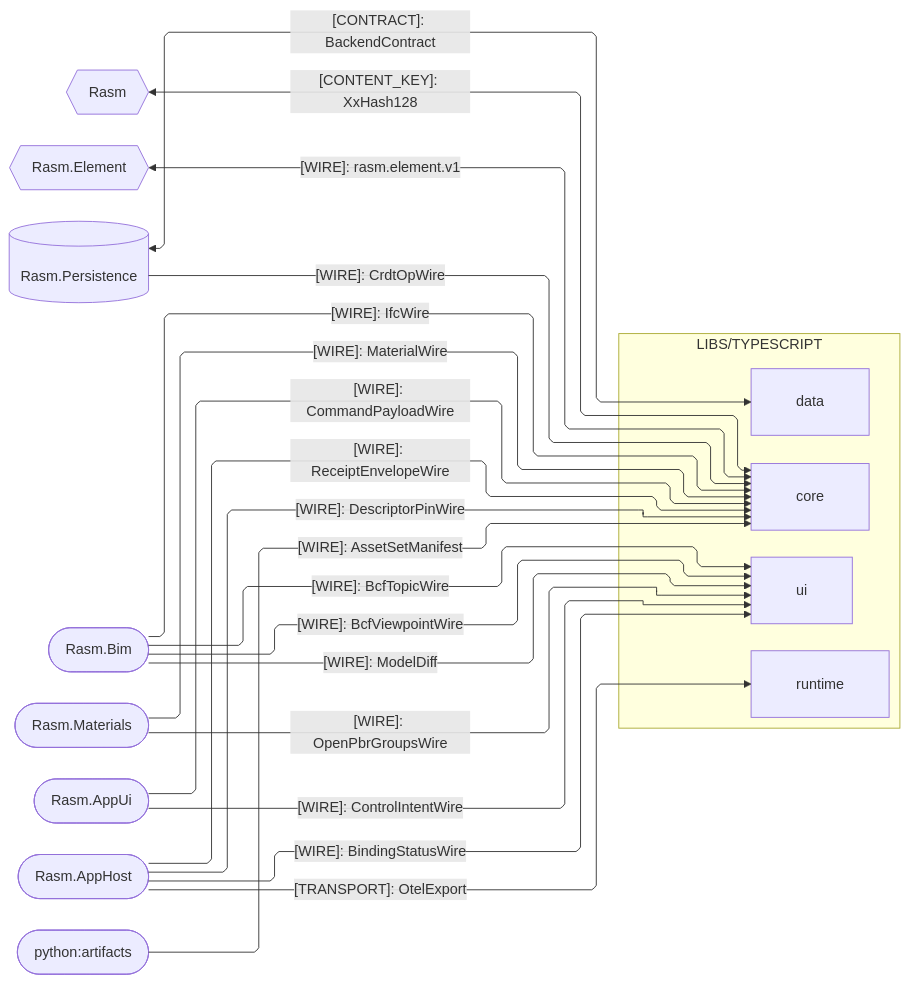
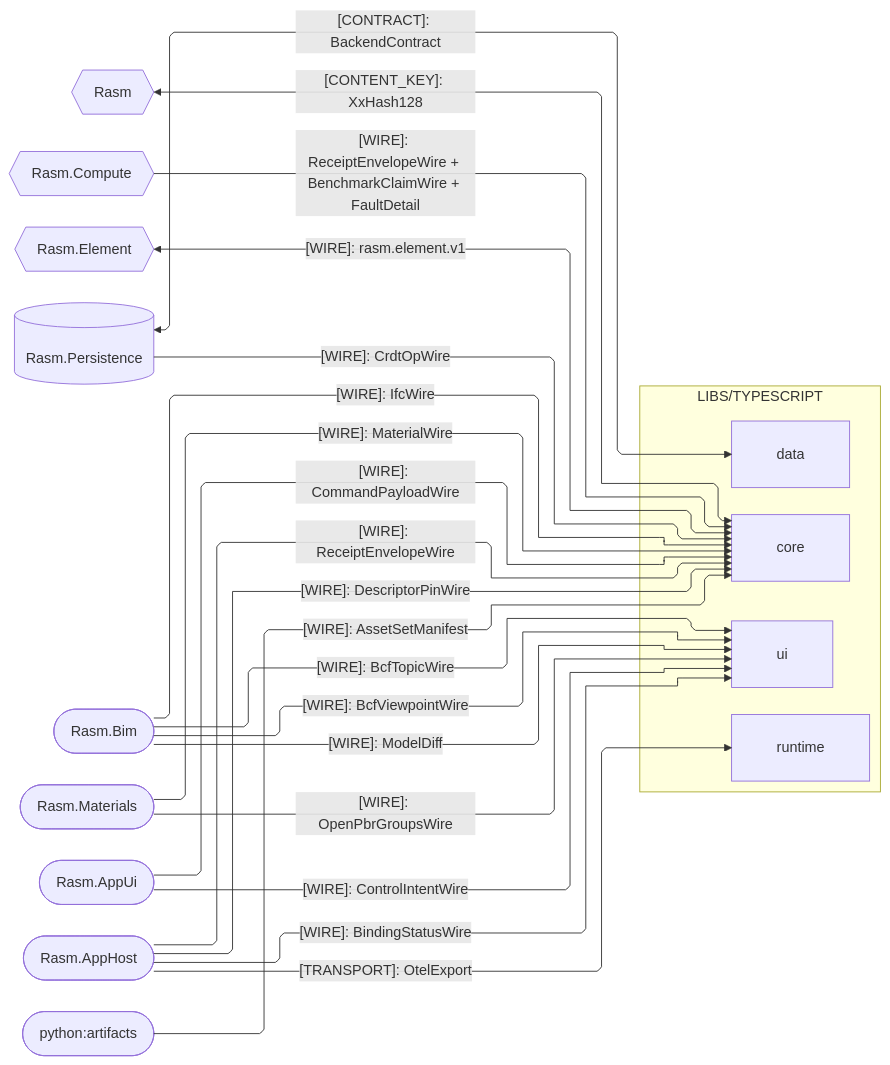
The second of 4 diagrams in libs/typescript/.planning/ARCHITECTURE.md (bsamiee/Rasm), drawn with Mermaid before and after one commit. The commit also changed other lines of this file and 272 other files, not shown here.

````diff
--- a/libs/typescript/.planning/ARCHITECTURE.md
+++ b/libs/typescript/.planning/ARCHITECTURE.md
@@ -76,43 +77,45 @@
 ```mermaid
 ---
 config:
   layout: elk
   flowchart:
     curve: linear
     padding: 25
 ---
 flowchart LR
     accTitle: TypeScript external seam registry
     accDescr: TypeScript exchanges kinded wires and the backend contract with C# packages and the neutral Python artifact producer.
     subgraph ts[LIBS/TYPESCRIPT]
         Core[core]
         Data[data]
         Runtime[runtime]
         Ui[ui]
     end
     Rasm{{Rasm}}
+    Compute{{Rasm.Compute}}
     Element{{Rasm.Element}}
     Persistence[(Rasm.Persistence)]
     Bim([Rasm.Bim])
     Materials([Rasm.Materials])
     AppUi([Rasm.AppUi])
     AppHost([Rasm.AppHost])
     Artifacts([python:artifacts])
     Rasm e1@<-->|"[CONTENT_KEY]: XxHash128"| Core
+    Compute e19@-->|"[WIRE]: ReceiptEnvelopeWire + BenchmarkClaimWire + FaultDetail"| Core
     Element e2@<-->|"[WIRE]: rasm.element.v1"| Core
     Persistence e4@-->|"[WIRE]: CrdtOpWire"| Core
     Persistence e14@<-->|"[CONTRACT]: BackendContract"| Data
     Bim e6@-->|"[WIRE]: IfcWire"| Core
     Materials e7@-->|"[WIRE]: MaterialWire"| Core
     AppUi e8@-->|"[WIRE]: CommandPayloadWire"| Core
     AppHost e5@-->|"[WIRE]: ReceiptEnvelopeWire"| Core
     Bim e12@-->|"[WIRE]: BcfTopicWire"| Ui
     Bim e18@-->|"[WIRE]: BcfViewpointWire"| Ui
     Bim e15@-->|"[WIRE]: ModelDiff"| Ui
     Materials e13@-->|"[WIRE]: OpenPbrGroupsWire"| Ui
     AppUi e11@-->|"[WIRE]: ControlIntentWire"| Ui
     AppHost e10@-->|"[WIRE]: BindingStatusWire"| Ui
     AppHost e9@-->|"[TRANSPORT]: OtelExport"| Runtime
     AppHost e16@-->|"[WIRE]: DescriptorPinWire"| Core
     Artifacts e17@-->|"[WIRE]: AssetSetManifest"| Core
 ```
````
